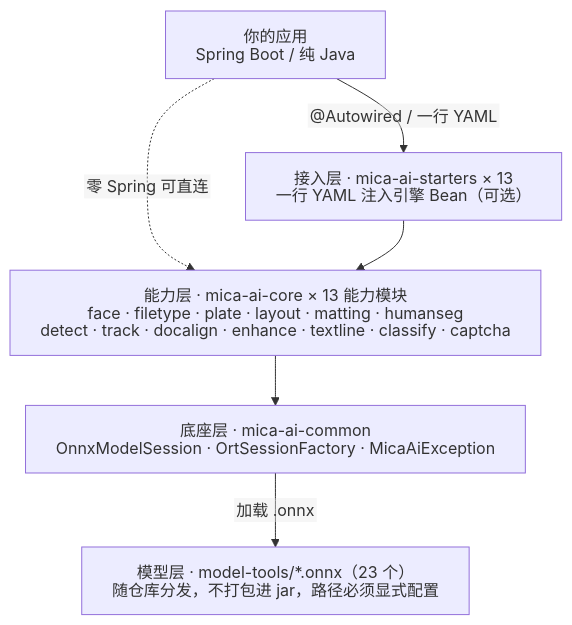
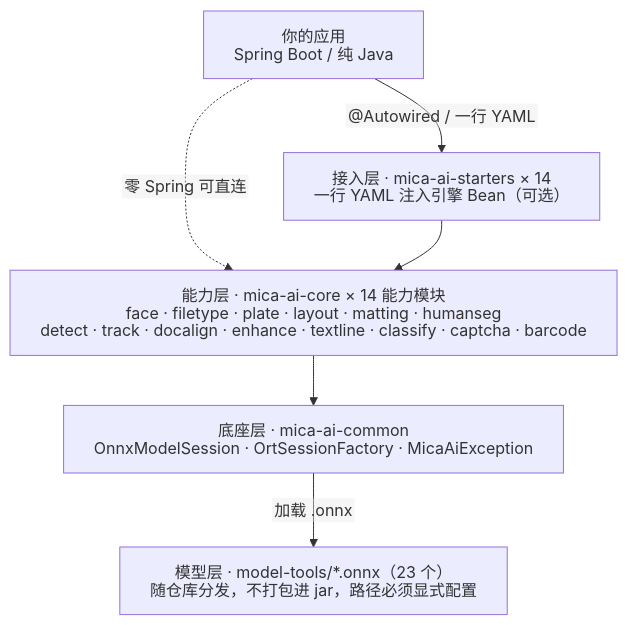
Before and after one commit to lets-mica/mica-ai: the diagram in README.md, drawn with Mermaid. The commit also changed other lines of this file and 38 other files, not shown here.

````diff
--- a/README.md
+++ b/README.md
@@ -70,15 +71,15 @@
 ```mermaid
 %%{init: {'htmlLabels': false, 'flowchart': {'wrappingWidth': 600}}}%%
 graph TD
     APP["你的应用<br/>Spring Boot / 纯 Java"]
-    ST["接入层 · mica-ai-starters × 13<br/>一行 YAML 注入引擎 Bean（可选）"]
-    CORE["能力层 · mica-ai-core × 13 能力模块<br/>face · filetype · plate · layout · matting · humanseg<br/>detect · track · docalign · enhance · textline · classify · captcha"]
+    ST["接入层 · mica-ai-starters × 14<br/>一行 YAML 注入引擎 Bean（可选）"]
+    CORE["能力层 · mica-ai-core × 14 能力模块<br/>face · filetype · plate · layout · matting · humanseg<br/>detect · track · docalign · enhance · textline · classify · captcha · barcode"]
     COMMON["底座层 · mica-ai-common<br/>OnnxModelSession · OrtSessionFactory · MicaAiException"]
     MODELS["模型层 · model-tools/*.onnx（23 个）<br/>随仓库分发，不打包进 jar，路径必须显式配置"]
 
     APP -->|"@Autowired / 一行 YAML"| ST
     APP -.->|"零 Spring 可直连"| CORE
     ST --> CORE
     CORE --> COMMON
     COMMON -->|"加载 .onnx"| MODELS
 ```
````
